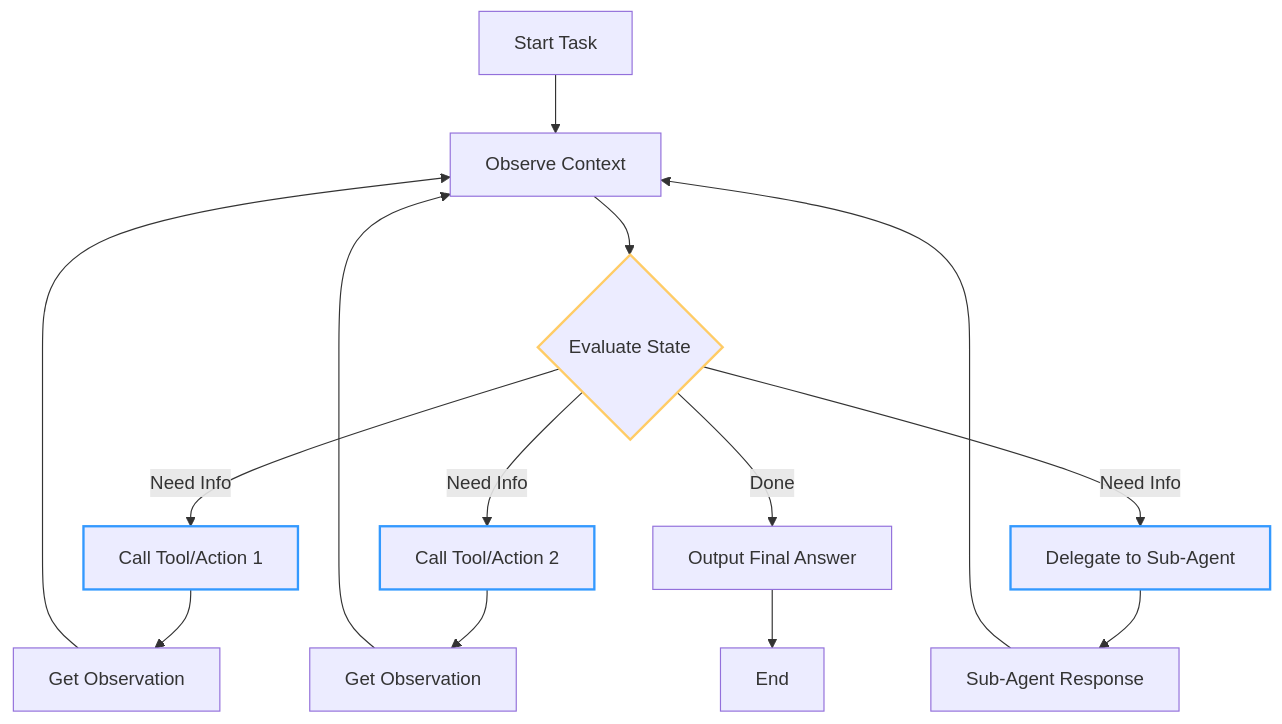
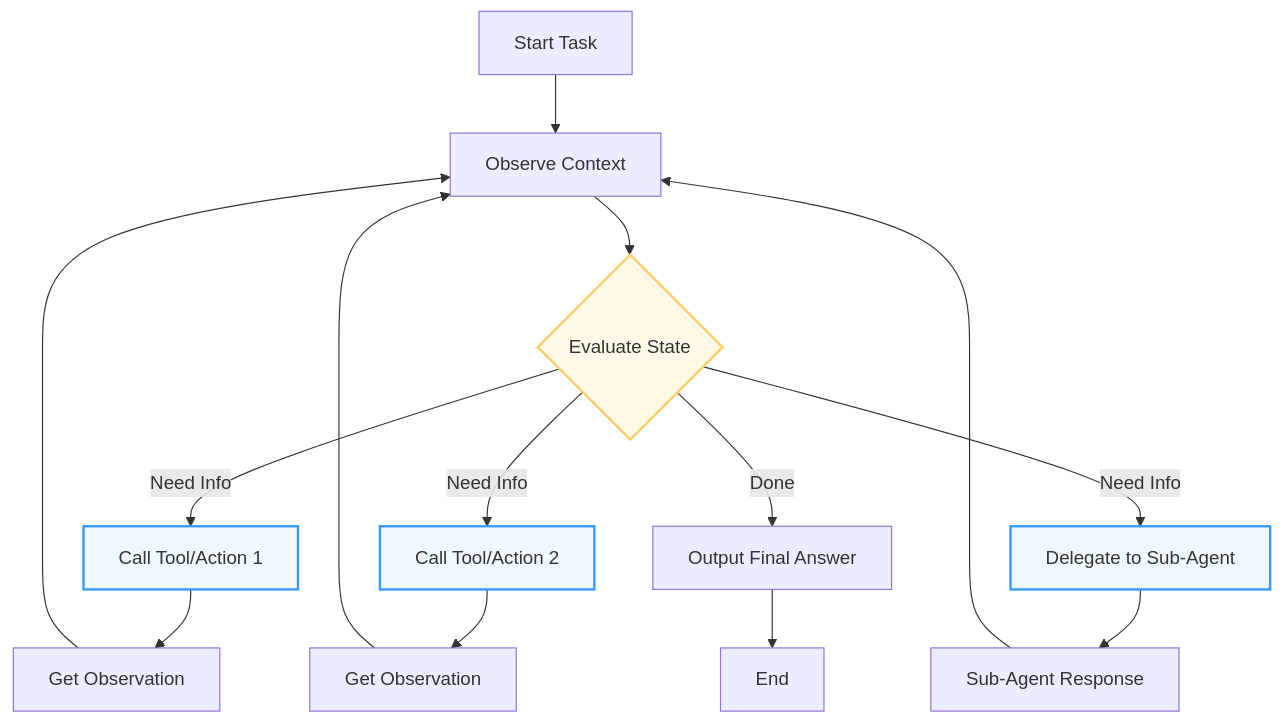
One commit to danielaotelea/VT1 changed the third of 3 diagrams in docs/phase-0-what-is-an-agent.md. Above: the diagram before and after it, drawn with Mermaid. The commit also changed other lines of this file, not shown here.

````diff
--- a/docs/phase-0-what-is-an-agent.md
+++ b/docs/phase-0-what-is-an-agent.md
@@ -116,21 +115,21 @@
 ```mermaid
 graph TD
     A[Start Task] --> B[Observe Context]
     B --> C{Evaluate State}
     C -->|Need Info| D[Call Tool/Action 1]
     D --> E[Get Observation]
     E --> B
     C -->|Need Info| F[Call Tool/Action 2]
     F --> G[Get Observation]
     G --> B
     C -->|Need Info| H[Delegate to Sub-Agent]
     H --> I[Sub-Agent Response]
     I --> B
     C -->|Done| J[Output Final Answer]
     J --> K[End]
     
-    classDef decision fill:#fff9e,stroke:#ffcc66,stroke-width:2px
-    classDef action fill:#f0f8f,stroke:#3399ff,stroke-width:2px
+    classDef decision fill:#fff9e6,stroke:#ffcc66,stroke-width:2px
+    classDef action fill:#f0f8ff,stroke:#3399ff,stroke-width:2px
     class C decision
     class D,F,H action
 ```
````
